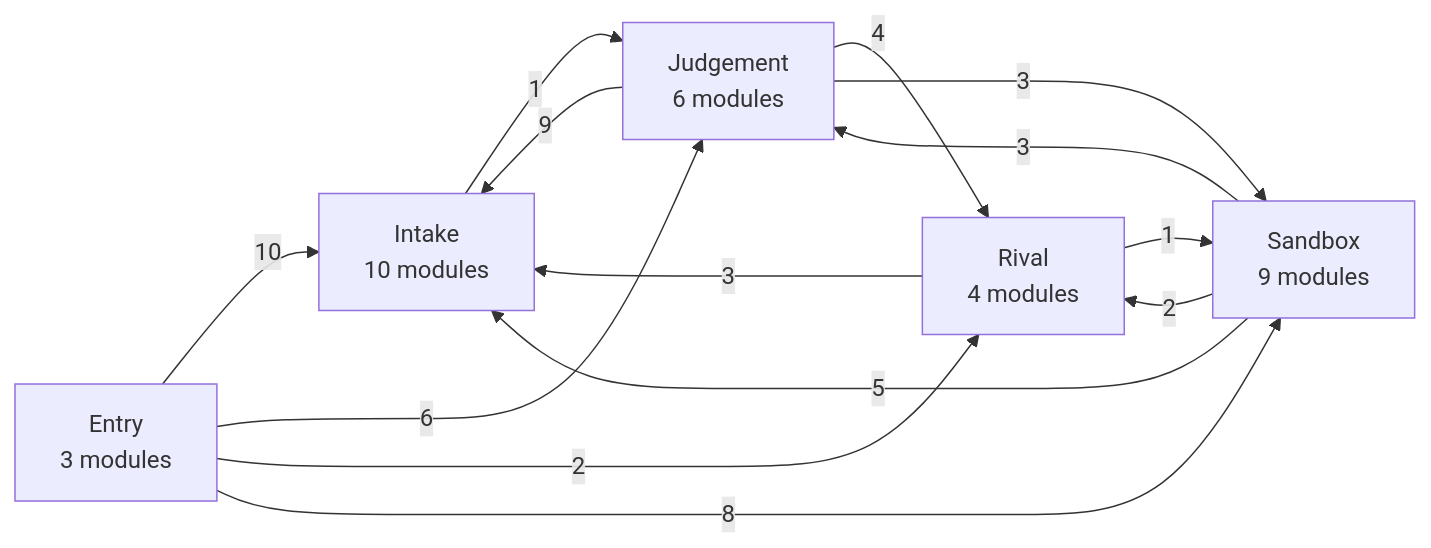
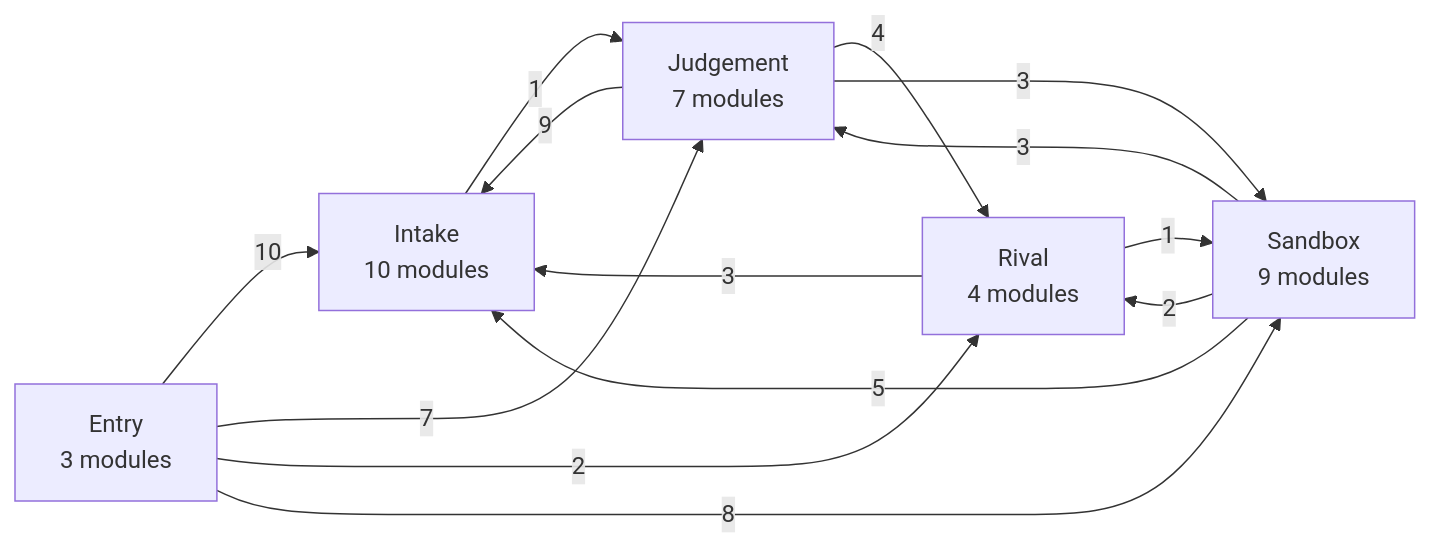
One commit to Okan-wqm/snowball-mcp changed the second of 8 diagrams in docs/harita.md. Above: the diagram before and after it, drawn with Mermaid. The commit also changed other lines of this file and 14 other files, not shown here.

````diff
--- a/docs/harita.md
+++ b/docs/harita.md
@@ -94,21 +94,21 @@
 ```mermaid
 flowchart LR
   a_Entry["Entry<br/>3 modules"]
   a_Intake["Intake<br/>10 modules"]
   a_Sandbox["Sandbox<br/>9 modules"]
   a_Rival["Rival<br/>4 modules"]
-  a_Judgement["Judgement<br/>6 modules"]
+  a_Judgement["Judgement<br/>7 modules"]
   a_Entry -->|10| a_Intake
-  a_Entry -->|6| a_Judgement
+  a_Entry -->|7| a_Judgement
   a_Entry -->|2| a_Rival
   a_Entry -->|8| a_Sandbox
   a_Intake -->|1| a_Judgement
   a_Judgement -->|9| a_Intake
   a_Judgement -->|4| a_Rival
   a_Judgement -->|3| a_Sandbox
   a_Rival -->|3| a_Intake
   a_Rival -->|1| a_Sandbox
   a_Sandbox -->|5| a_Intake
   a_Sandbox -->|3| a_Judgement
   a_Sandbox -->|2| a_Rival
 ```
````
